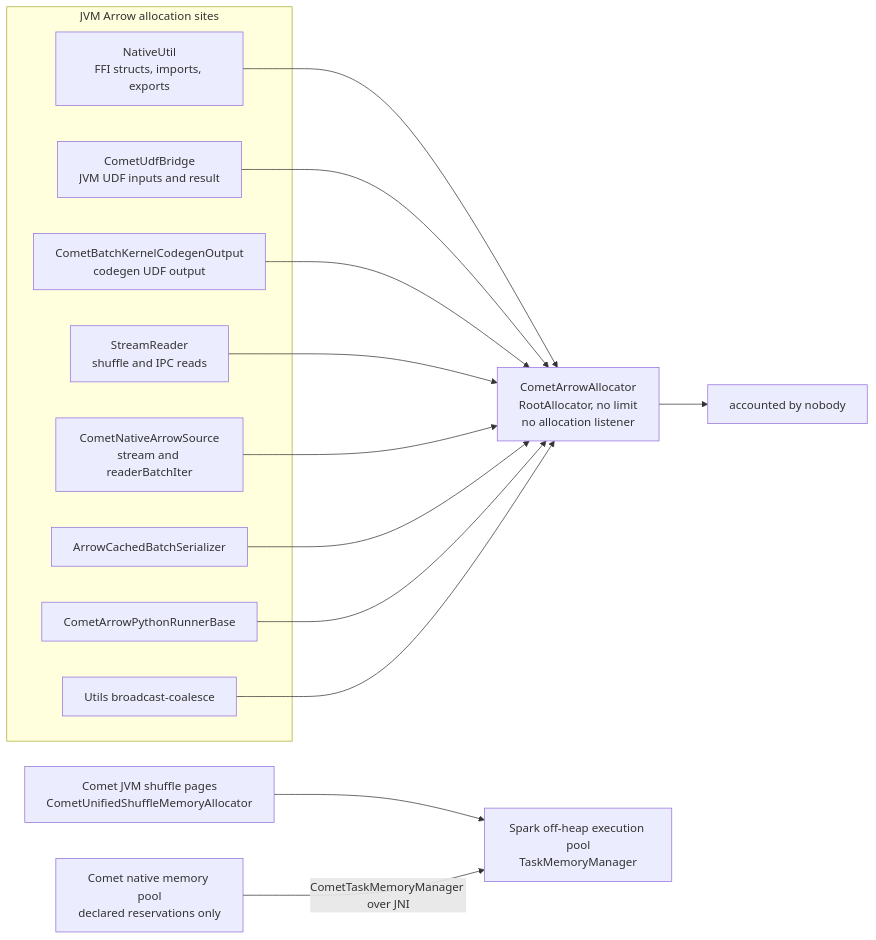
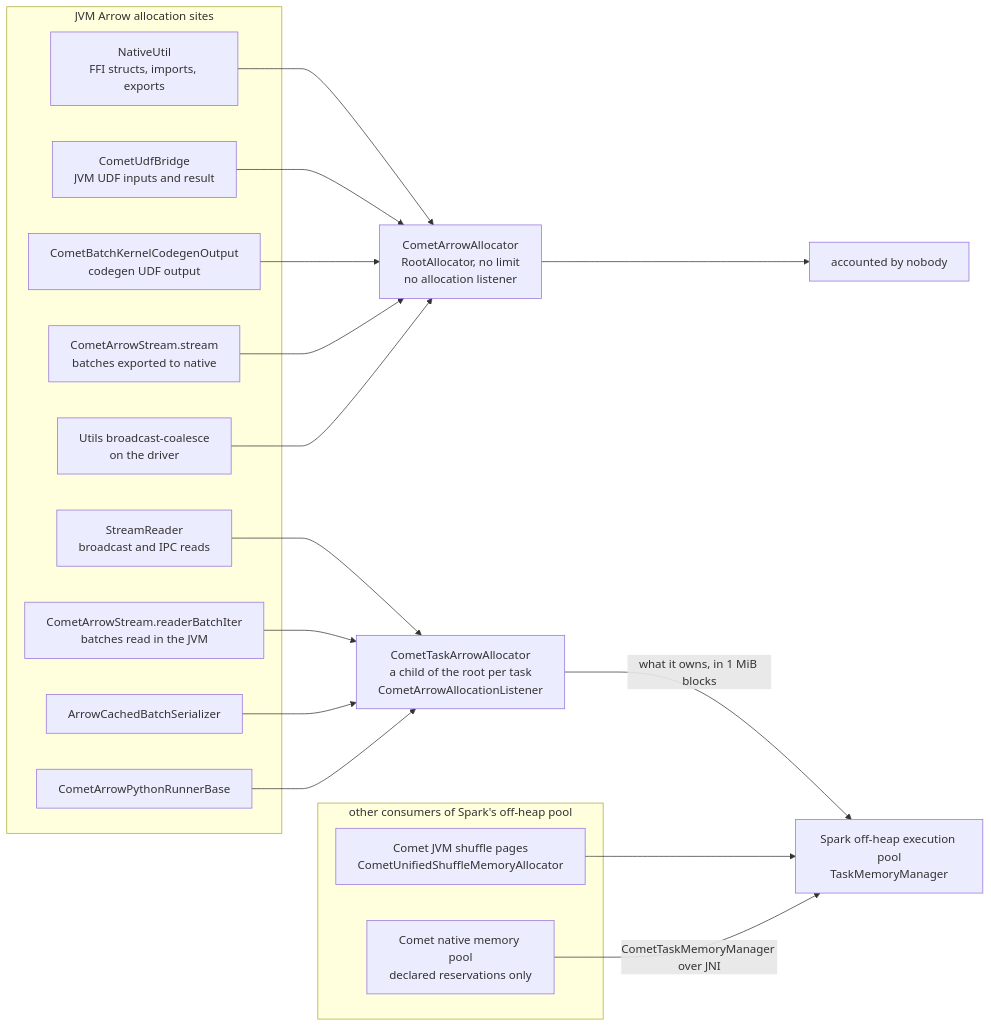
One commit to apache/datafusion-comet changed the first of 2 diagrams in docs/source/contributor-guide/memory_management.md. Above: the diagram before and after it, drawn with Mermaid. The commit also changed other lines of this file and 4 other files, not shown here.

````diff
--- a/docs/source/contributor-guide/memory_management.md
+++ b/docs/source/contributor-guide/memory_management.md
@@ -174,31 +186,37 @@
 ```mermaid
 flowchart LR
   subgraph SITES["JVM Arrow allocation sites"]
     NU["NativeUtil<br>FFI structs, imports, exports"]
     UDF["CometUdfBridge<br>JVM UDF inputs and result"]
     CGO["CometBatchKernelCodegenOutput<br>codegen UDF output"]
-    SR["StreamReader<br>shuffle and IPC reads"]
-    NAS["CometNativeArrowSource<br>stream and readerBatchIter"]
+    NASS["CometArrowStream.stream<br>batches exported to native"]
+    BC["Utils broadcast-coalesce<br>on the driver"]
+    SR["StreamReader<br>broadcast and IPC reads"]
+    NASR["CometArrowStream.readerBatchIter<br>batches read in the JVM"]
     CACHE["ArrowCachedBatchSerializer"]
     PY["CometArrowPythonRunnerBase"]
-    BC["Utils broadcast-coalesce"]
   end
 
   ROOT["CometArrowAllocator<br>RootAllocator, no limit<br>no allocation listener"]
-  SHUF["Comet JVM shuffle pages<br>CometUnifiedShuffleMemoryAllocator"]
-  NPOOL["Comet native memory pool<br>declared reservations only"]
+  TASK["CometTaskArrowAllocator<br>a child of the root per task<br>CometArrowAllocationListener"]
+  subgraph OTHER["other consumers of Spark's off-heap pool"]
+    SHUF["Comet JVM shuffle pages<br>CometUnifiedShuffleMemoryAllocator"]
+    NPOOL["Comet native memory pool<br>declared reservations only"]
+  end
   TMM["Spark off-heap execution pool<br>TaskMemoryManager"]
   NOBODY["accounted by nobody"]
 
   NU --> ROOT
   UDF --> ROOT
   CGO --> ROOT
-  SR --> ROOT
-  NAS --> ROOT
-  CACHE --> ROOT
-  PY --> ROOT
+  NASS --> ROOT
   BC --> ROOT
+  SR --> TASK
+  NASR --> TASK
+  CACHE --> TASK
+  PY --> TASK
   ROOT --> NOBODY
+  TASK -->|"what it owns, in 1 MiB blocks"| TMM
   SHUF --> TMM
   NPOOL -->|"CometTaskMemoryManager over JNI"| TMM
 ```
````
